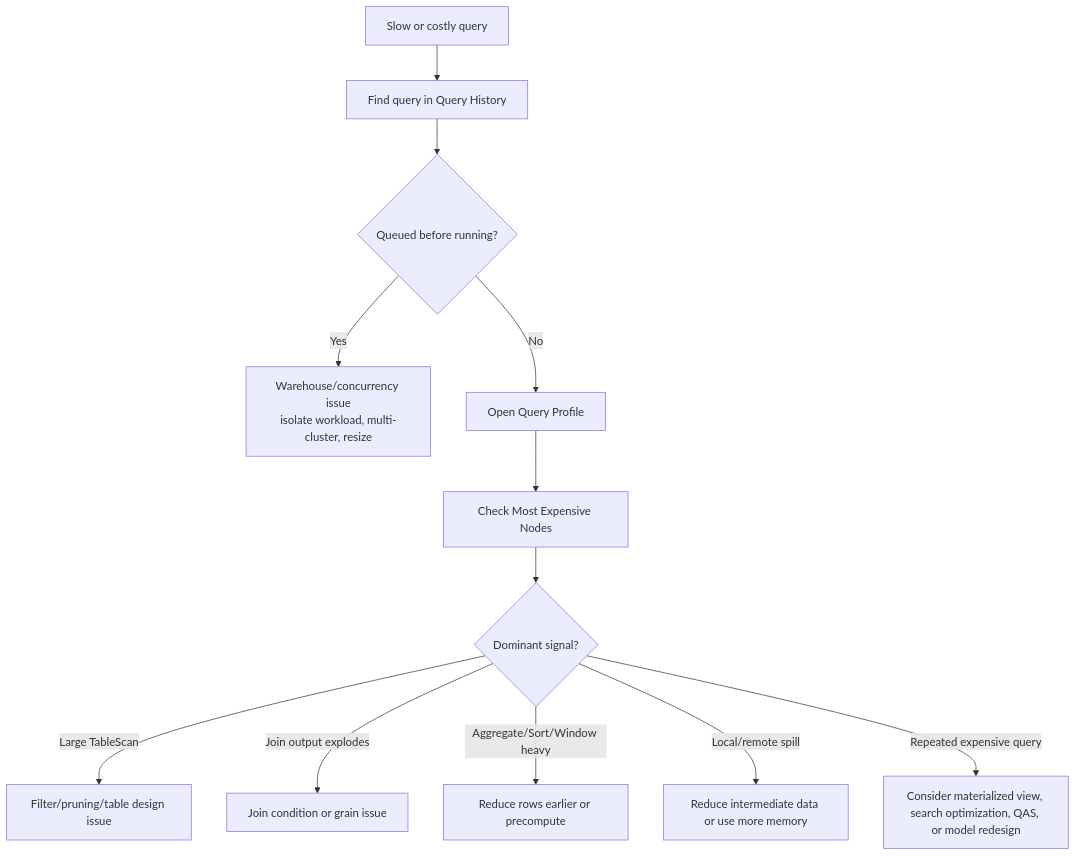
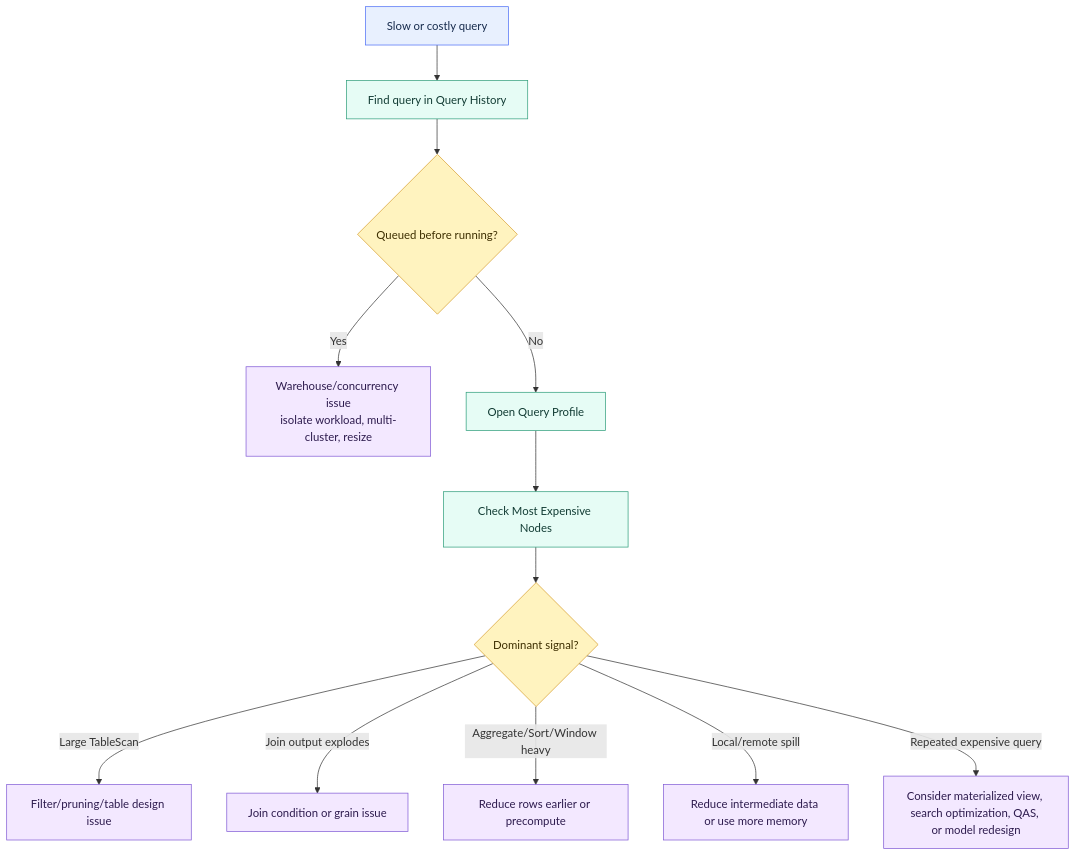
One commit to shonningsoy/Upskill changed the diagram in 01 Snowflake/02 Performance and Optimization/06 Query Profile.md. Above: the diagram before and after it, drawn with Mermaid. The commit also changed other lines of this file and 6 other files, not shown here.

````diff
--- a/01 Snowflake/02 Performance and Optimization/06 Query Profile.md
+++ b/01 Snowflake/02 Performance and Optimization/06 Query Profile.md
@@ -68,14 +70,25 @@
 ```mermaid
 flowchart TD
     A["Slow or costly query"] --> B["Find query in Query History"]
     B --> C{"Queued before running?"}
     C -->|Yes| D["Warehouse/concurrency issue<br/>isolate workload, multi-cluster, resize"]
     C -->|No| E["Open Query Profile"]
     E --> F["Check Most Expensive Nodes"]
     F --> G{"Dominant signal?"}
     G -->|Large TableScan| H["Filter/pruning/table design issue"]
     G -->|Join output explodes| I["Join condition or grain issue"]
     G -->|Aggregate/Sort/Window heavy| J["Reduce rows earlier or precompute"]
     G -->|Local/remote spill| K["Reduce intermediate data or use more memory"]
     G -->|Repeated expensive query| L["Consider materialized view, search optimization, QAS, or model redesign"]
+
+    classDef input fill:#E8F0FE,stroke:#4C6EF5,color:#172B4D
+    classDef control fill:#FFF3BF,stroke:#D69E2E,color:#3D2E00
+    classDef snowflake fill:#E6FCF5,stroke:#2F9E7B,color:#123C34
+    classDef platform fill:#F1F3F5,stroke:#868E96,color:#212529
+    classDef output fill:#F3E8FF,stroke:#805AD5,color:#2D1B4E
+
+    class A input
+    class B,E,F snowflake
+    class C,G control
+    class D,H,I,J,K,L output
 ```
````
